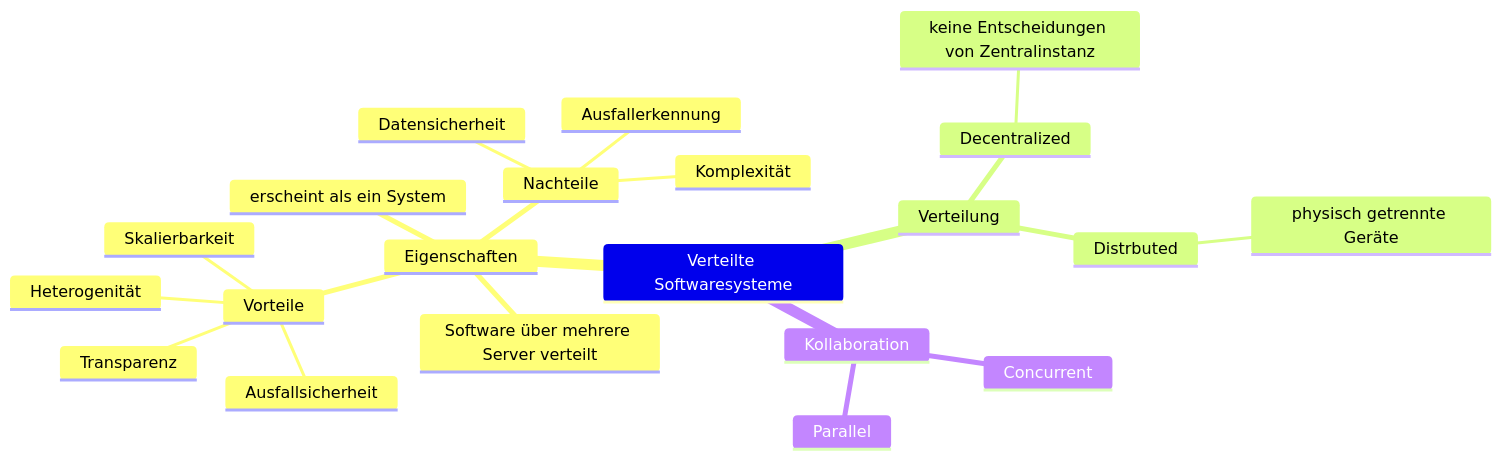
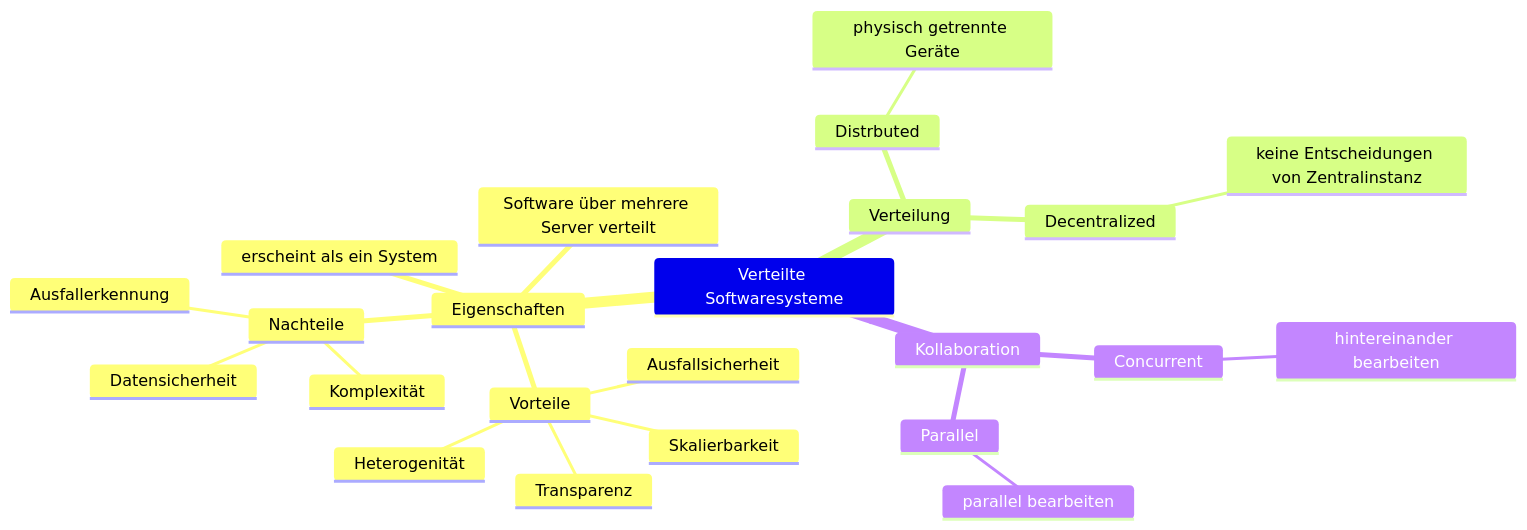
Before and after one commit to Adler274/SE2324: the first of 3 diagrams in abgabe/kapitel02/mindmap.md, drawn with Mermaid.

````diff
--- a/abgabe/kapitel02/mindmap.md
+++ b/abgabe/kapitel02/mindmap.md
@@ -9,24 +9,26 @@
 ```mermaid
 mindmap
   Verteilte Softwaresysteme
     Eigenschaften
       Software über mehrere Server verteilt
       erscheint als ein System
       Vorteile
         Skalierbarkeit
         Ausfallsicherheit
         Transparenz
         Heterogenität
       Nachteile
         Komplexität
         Ausfallerkennung
         Datensicherheit
     Verteilung
       Distrbuted
         physisch getrennte Geräte
       Decentralized
         keine Entscheidungen von Zentralinstanz
     Kollaboration
       Concurrent
+        hintereinander bearbeiten
       Parallel
+        parallel bearbeiten
 ```
````
